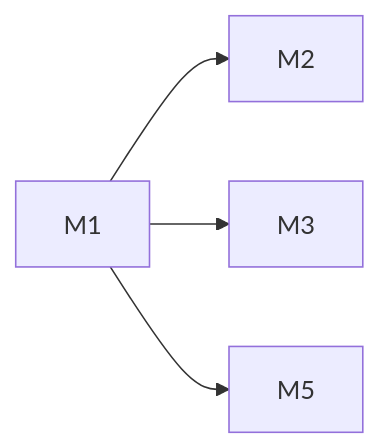
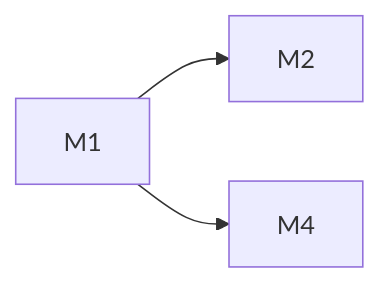
The diagram in docs/changes/feat-446-skill-view-tool/design.md (Mrchen116/nano-multiagent), drawn with Mermaid before and after one commit. The commit also changed other lines of this file and 3 other files, not shown here.

````diff
--- a/docs/changes/feat-446-skill-view-tool/design.md
+++ b/docs/changes/feat-446-skill-view-tool/design.md
@@ -371,6 +389,5 @@
 ```mermaid
 graph LR
   M1 --> M2
-  M1 --> M3
-  M1 --> M5
+  M1 --> M4
 ```
````
